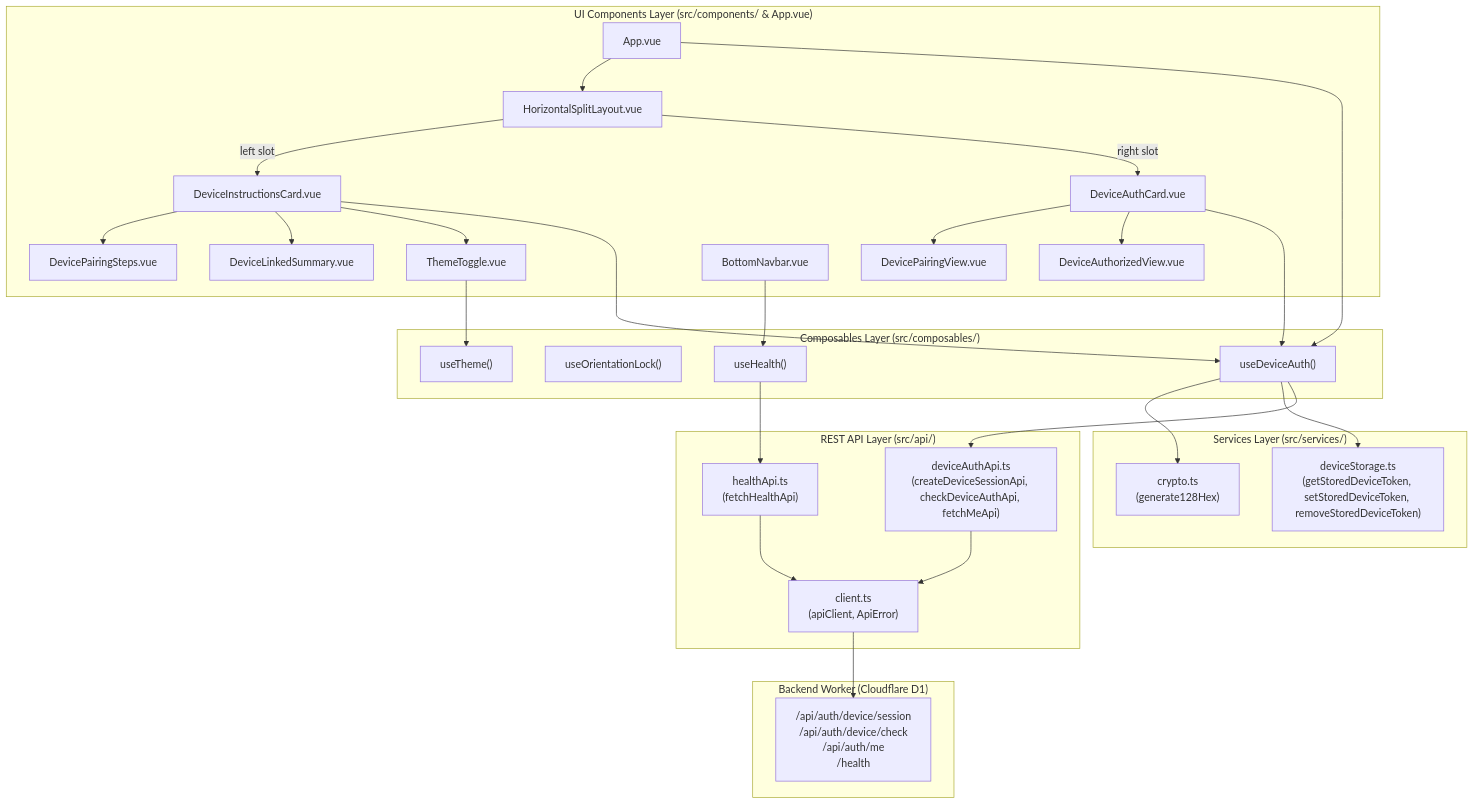
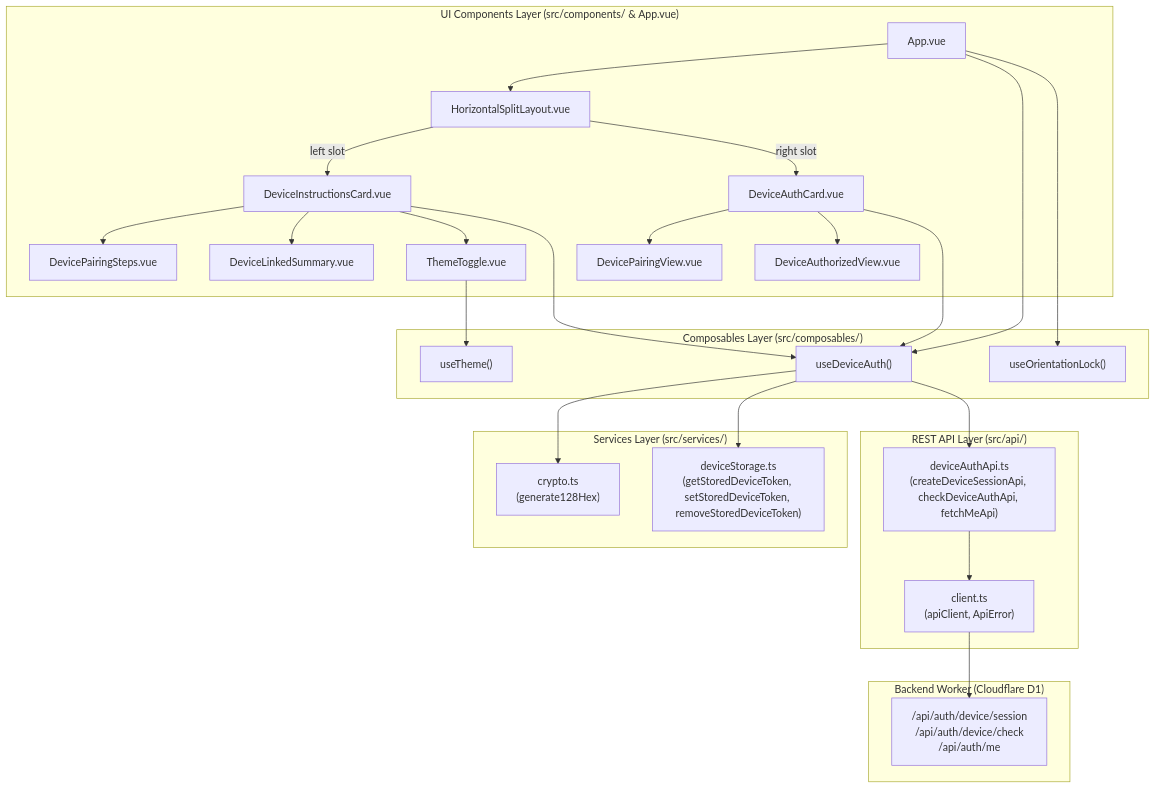
One commit to solvePao/dashboard changed the first of 2 diagrams in mobile/architecture.md. Above: the diagram before and after it, drawn with Mermaid. The commit also changed other lines of this file and 84 other files, not shown here.

````diff
--- a/mobile/architecture.md
+++ b/mobile/architecture.md
@@ -79,62 +75,57 @@
 ```mermaid
 flowchart TD
     subgraph UIComponents["UI Components Layer (src/components/ & App.vue)"]
         App["App.vue"]
         SplitLayout["HorizontalSplitLayout.vue"]
         InstrCard["DeviceInstructionsCard.vue"]
         AuthCard["DeviceAuthCard.vue"]
         Steps["DevicePairingSteps.vue"]
         Summary["DeviceLinkedSummary.vue"]
         PairView["DevicePairingView.vue"]
         AuthView["DeviceAuthorizedView.vue"]
-        BottomNav["BottomNavbar.vue"]
         TToggle["ThemeToggle.vue"]
     end
 
     App --> SplitLayout
     SplitLayout -->|left slot| InstrCard
     SplitLayout -->|right slot| AuthCard
     InstrCard --> Steps
     InstrCard --> Summary
     InstrCard --> TToggle
     AuthCard --> PairView
     AuthCard --> AuthView
 
     subgraph ComposablesLayer["Composables Layer (src/composables/)"]
         useDeviceAuth["useDeviceAuth()"]
         useOrientationLock["useOrientationLock()"]
-        useHealth["useHealth()"]
         useTheme["useTheme()"]
     end
 
     App --> useDeviceAuth
+    App --> useOrientationLock
     InstrCard --> useDeviceAuth
     AuthCard --> useDeviceAuth
-    BottomNav --> useHealth
     TToggle --> useTheme
 
     subgraph ServicesLayer["Services Layer (src/services/)"]
         CryptoService["crypto.ts\n(generate128Hex)"]
         DeviceStorage["deviceStorage.ts\n(getStoredDeviceToken, setStoredDeviceToken, removeStoredDeviceToken)"]
     end
 
     subgraph APILayer["REST API Layer (src/api/)"]
         DeviceAuthAPI["deviceAuthApi.ts\n(createDeviceSessionApi, checkDeviceAuthApi, fetchMeApi)"]
-        HealthAPI["healthApi.ts\n(fetchHealthApi)"]
         Client["client.ts\n(apiClient, ApiError)"]
     end
 
     useDeviceAuth --> CryptoService
     useDeviceAuth --> DeviceStorage
     useDeviceAuth --> DeviceAuthAPI
-    useHealth --> HealthAPI
 
     DeviceAuthAPI --> Client
-    HealthAPI --> Client
 
     subgraph Backend["Backend Worker (Cloudflare D1)"]
-        Worker["/api/auth/device/session\n/api/auth/device/check\n/api/auth/me\n/health"]
+        Worker["/api/auth/device/session\n/api/auth/device/check\n/api/auth/me"]
     end
 
     Client --> Worker
 ```
````
